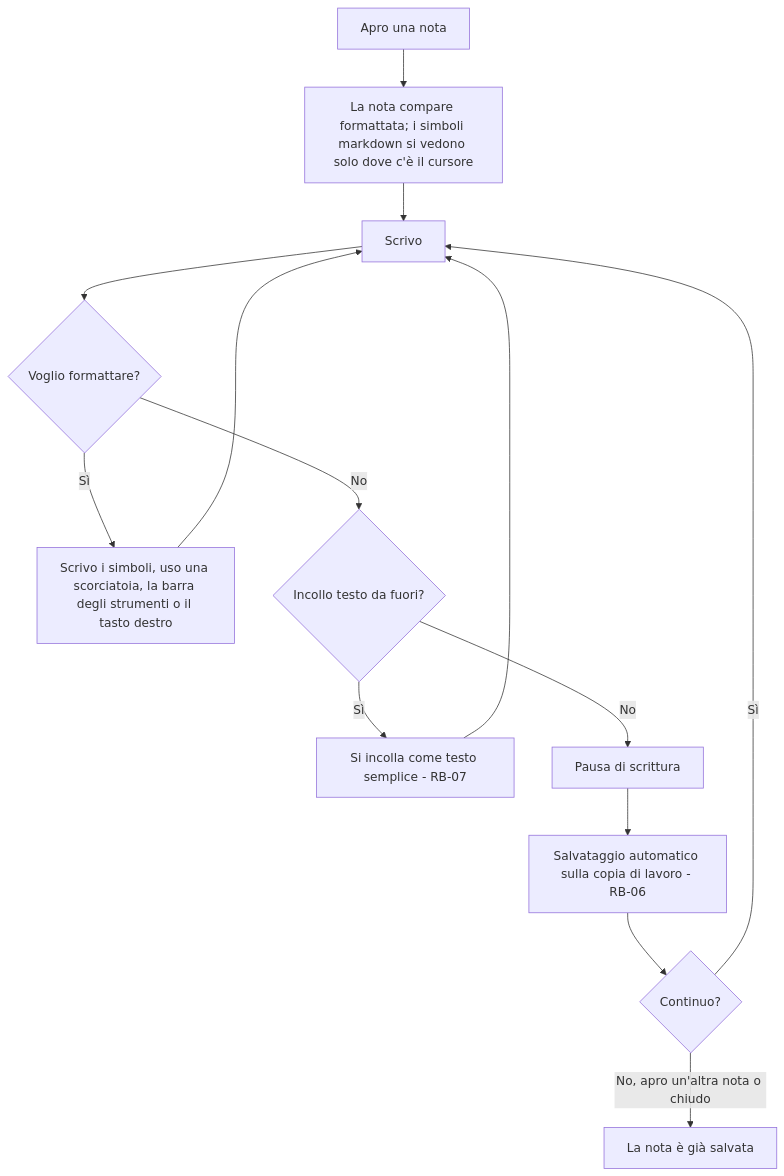
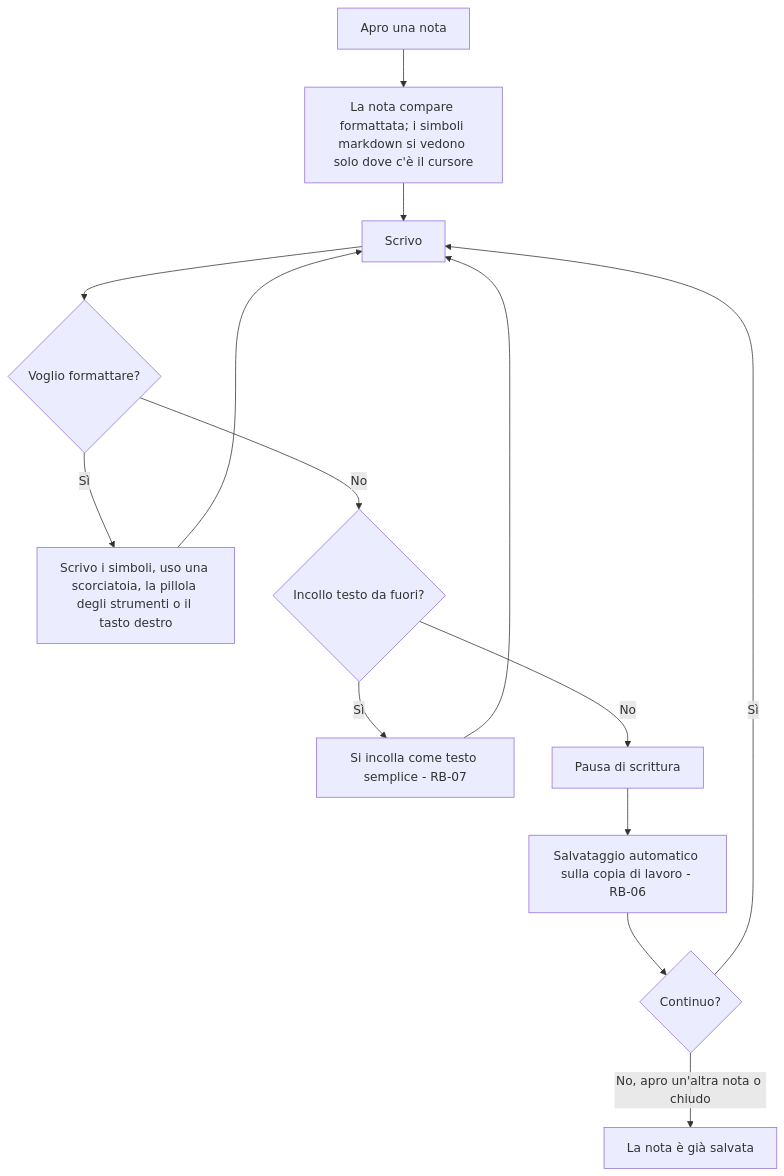
The third of 5 diagrams in docs/moduli/note/2-flussi.md (Helmutsti/MemoDu), drawn with Mermaid before and after one commit. The commit also changed other lines of this file and 22 other files, not shown here.

````diff
--- a/docs/moduli/note/2-flussi.md
+++ b/docs/moduli/note/2-flussi.md
@@ -88,16 +87,16 @@
 ```mermaid
 flowchart TD
     A[Apro una nota] --> B[La nota compare formattata; i simboli markdown si vedono solo dove c'è il cursore]
     B --> C[Scrivo]
     C --> D{Voglio formattare?}
-    D -- Sì --> E[Scrivo i simboli, uso una scorciatoia, la barra degli strumenti o il tasto destro]
+    D -- Sì --> E[Scrivo i simboli, uso una scorciatoia, la pillola degli strumenti o il tasto destro]
     E --> C
     D -- No --> F{Incollo testo da fuori?}
     F -- Sì --> G[Si incolla come testo semplice - RB-07]
     G --> C
     F -- No --> H[Pausa di scrittura]
     H --> I[Salvataggio automatico sulla copia di lavoro - RB-06]
     I --> J{Continuo?}
     J -- Sì --> C
     J -- No, apro un'altra nota o chiudo --> K[La nota è già salvata]
 ```
````
